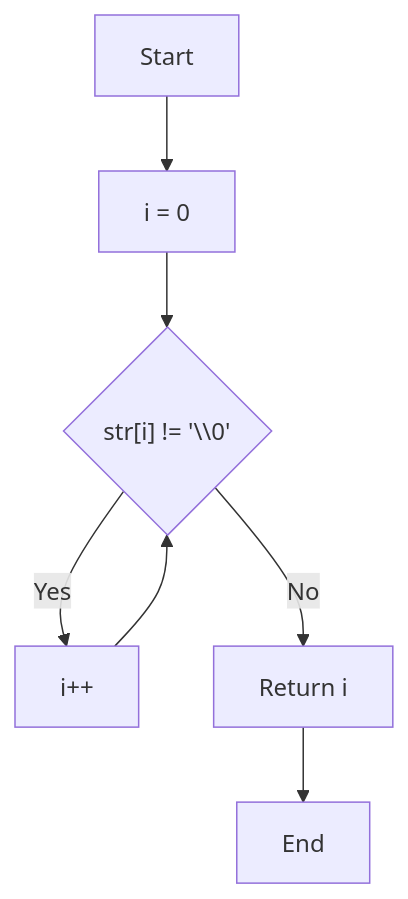
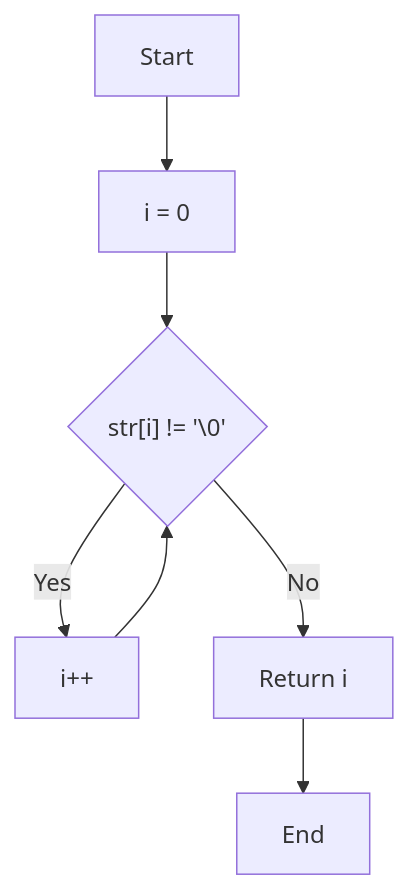
Before and after one commit to mgrl39/42Project: the eighth of 8 diagrams in Libft/GUIDE.md, drawn with Mermaid.

````diff
--- a/Libft/GUIDE.md
+++ b/Libft/GUIDE.md
@@ -228,9 +228,9 @@
 ```mermaid
 flowchart TD
     A["Start"] --> B["i = 0"]
-    B --> C{"str[i] != '\\0'"}
+    B --> C{"str[i] != '\0'"}
     C -->|Yes| D["i++"]
     D --> C
     C -->|No| E["Return i"]
     E --> F["End"]
 ```
````
